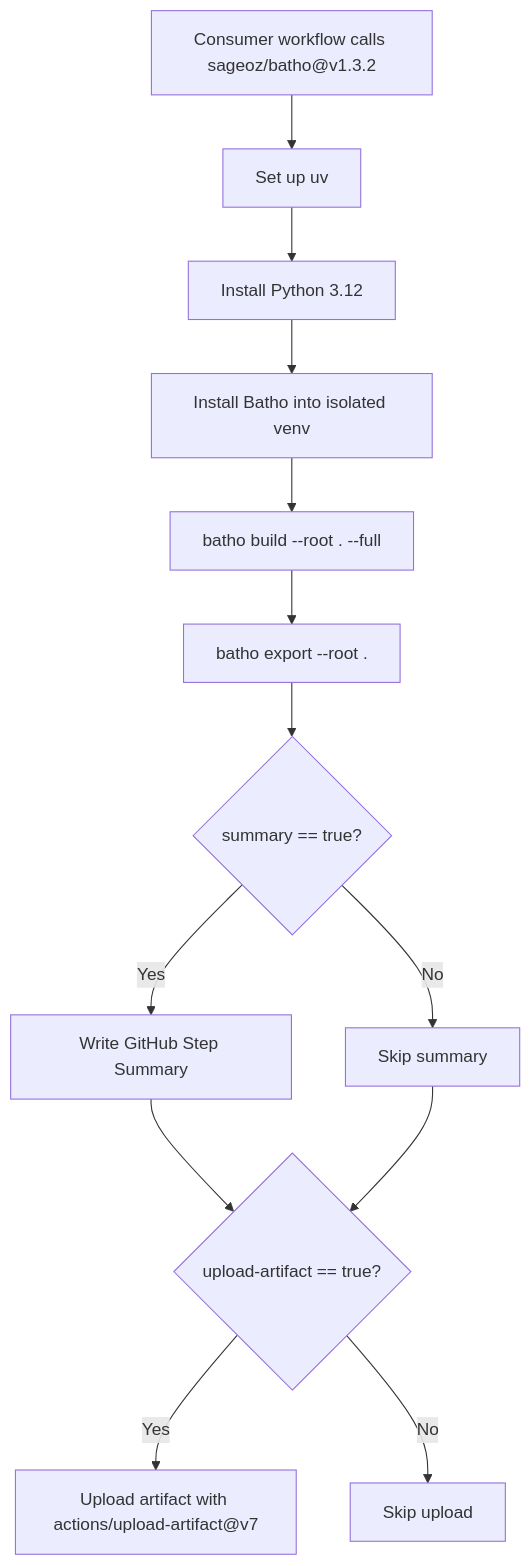
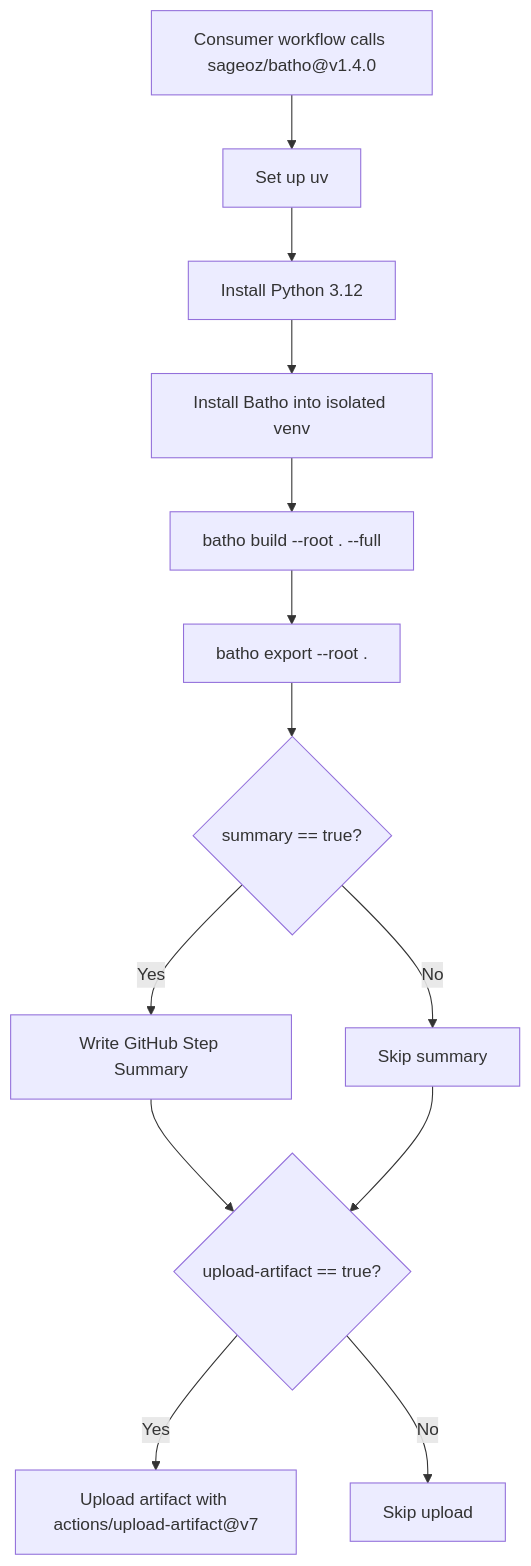
The diagram in docs-site/docs/cicd/composite-action.md (sageoz/Batho), drawn with Mermaid before and after one commit. The commit also changed other lines of this file and 18 other files, not shown here.

````diff
--- a/docs-site/docs/cicd/composite-action.md
+++ b/docs-site/docs/cicd/composite-action.md
@@ -7,15 +7,15 @@
 ```mermaid
 flowchart TD
-    A["Consumer workflow calls sageoz/batho@v1.3.2"] --> B["Set up uv"]
+    A["Consumer workflow calls sageoz/batho@v1.4.0"] --> B["Set up uv"]
     B --> C["Install Python 3.12"]
     C --> D["Install Batho into isolated venv"]
     D --> E["batho build --root . --full"]
     E --> F["batho export --root ."]
     F --> G{"summary == true?"}
     G -- Yes --> H["Write GitHub Step Summary"]
     G -- No --> I["Skip summary"]
     H --> J{"upload-artifact == true?"}
     I --> J
     J -- Yes --> K["Upload artifact with actions/upload-artifact@v7"]
     J -- No --> L["Skip upload"]
 ```
````
